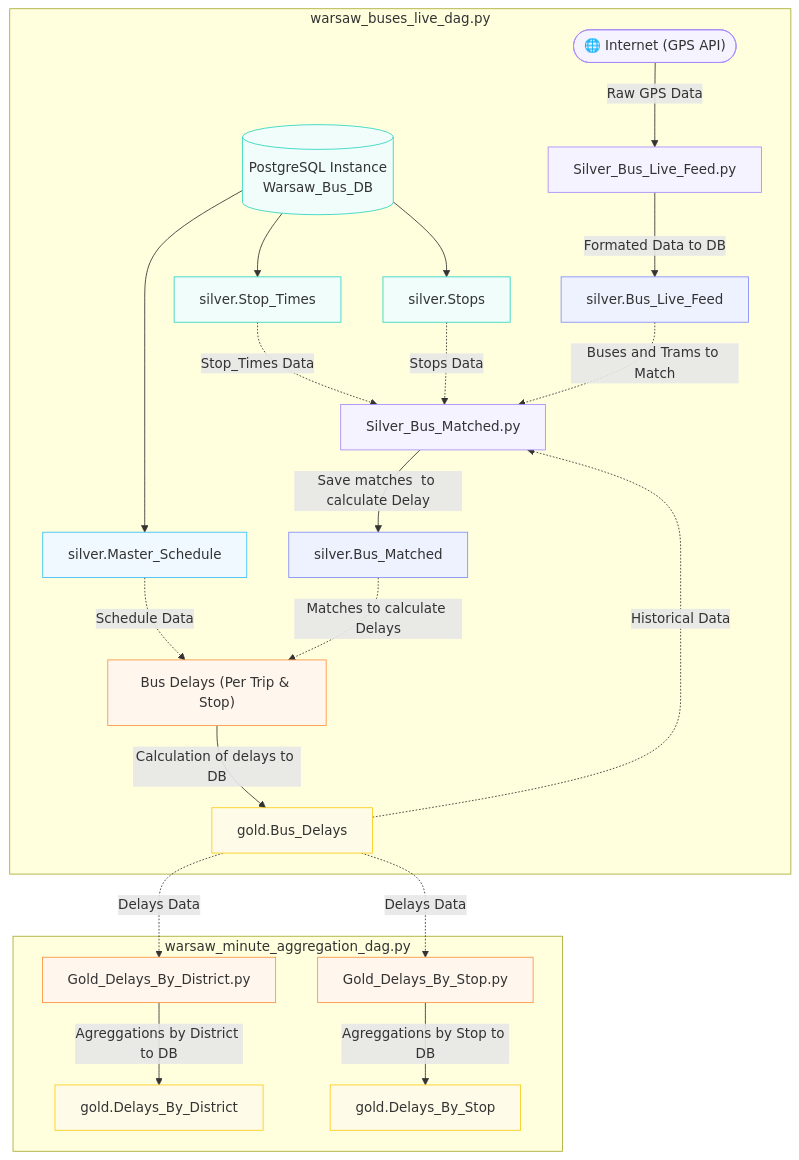
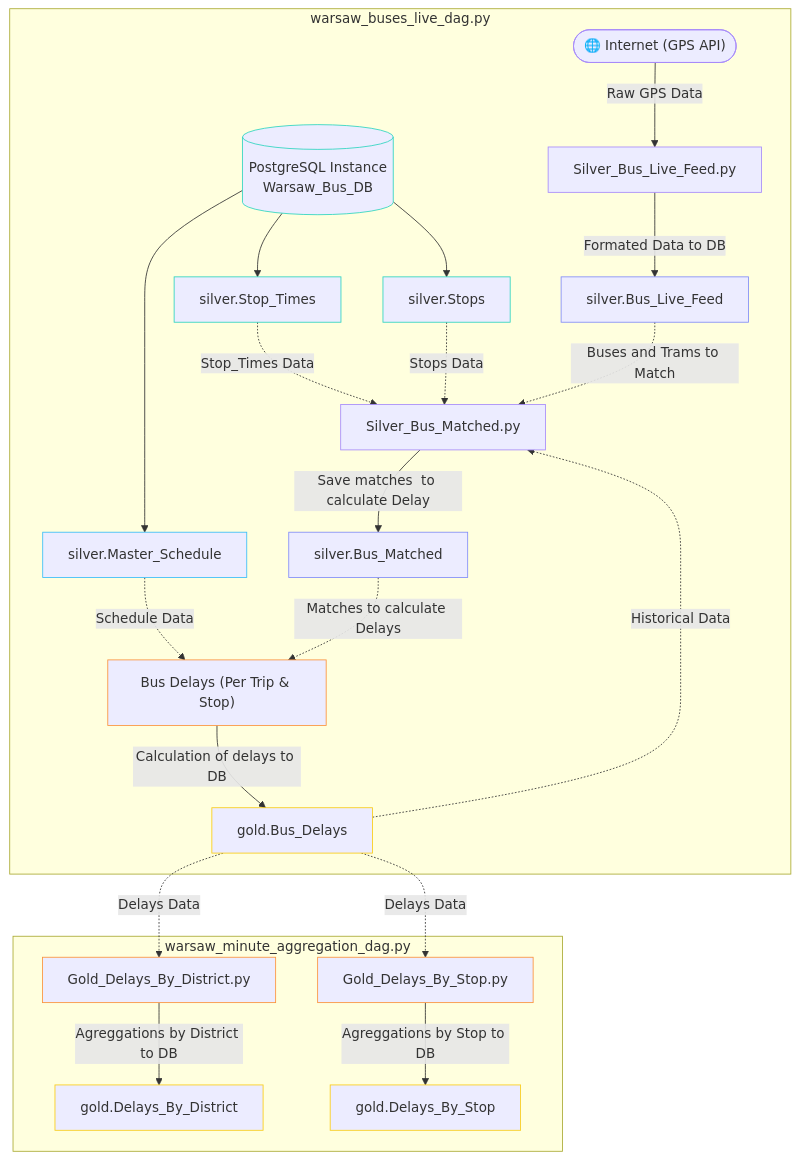
Before and after one commit to mbmmle/Ztm-Transit-delays-analysis: the second of 2 diagrams in README.md, drawn with Mermaid.

````diff
--- a/README.md
+++ b/README.md
@@ -64,65 +64,65 @@
 ```mermaid
 ---
 config:
   layout: dagre
 ---
 flowchart TB
  subgraph SILVER["warsaw_buses_live_dag.py"]
 		DB1[("PostgreSQL Instance<br>Warsaw_Bus_DB")]
         Net(["🌐 Internet (GPS API)"])
         A["Silver_Bus_Live_Feed.py"]
         B["Silver_Bus_Matched.py"]
         D["silver.Stop_Times"]
         X["silver.Stops"]
         C["silver.Master_Schedule"]
         E["Bus Delays (Per Trip & Stop)"]
         I["gold.Bus_Delays"]
         n1["silver.Bus_Live_Feed"]
         n2["silver.Bus_Matched"]
   end
  subgraph GOLD["warsaw_minute_aggregation_dag.py"]
         F["Gold_Delays_By_District.py"]
         s1["Gold_Delays_By_Stop.py"]
         s2["gold.Delays_By_District"]
         s3["gold.Delays_By_Stop"]
   end
         
     Net -- Raw GPS Data --> A
     C -. Schedule Data .-> E
     E -- Calculation of delays to DB --> I
     D -. Stop_Times Data .-> B
     I -. Historical Data .-> B
     X -. Stops Data .-> B
     A -- Formated Data to DB --> n1
     n1 -. Buses and Trams to Match .-> B
     B -- Save matches  to calculate Delay --> n2
     n2 -. Matches to calculate Delays .-> E
     I -. Delays Data .-> F & s1
     F -- Agreggations by District to DB --> s2
     s1 -- Agreggations by Stop to DB --> s3
     DB1 --> D & X & C
 
     n1@{ shape: rect}
     n2@{ shape: rect}
      Net:::violet
      A:::violet
      B:::violet
      D:::teal
      X:::teal
      C:::sky
      E:::orange
      I:::gold
      n1:::indigo
      n2:::indigo
      F:::orange
      s1:::orange
      s2:::gold
      s3:::gold
      DB1:::teal
-    classDef violet stroke:#a78bfa,fill:#f5f3ff
-    classDef indigo stroke:#818cf8,fill:#eef2ff
-    classDef teal stroke:#2dd4bf,fill:#f0fdfa
-    classDef orange stroke:#fb923c,fill:#fff7ed
-    classDef sky stroke:#38bdf8,fill:#f0f9ff
-    classDef gold stroke:#facc15,fill:#fefce8
+    classDef violet stroke:#a78bfa
+    classDef indigo stroke:#818cf8
+    classDef teal stroke:#2dd4bf
+    classDef orange stroke:#fb923c
+    classDef sky stroke:#38bdf8
+    classDef gold stroke:#facc15
 ```
````
